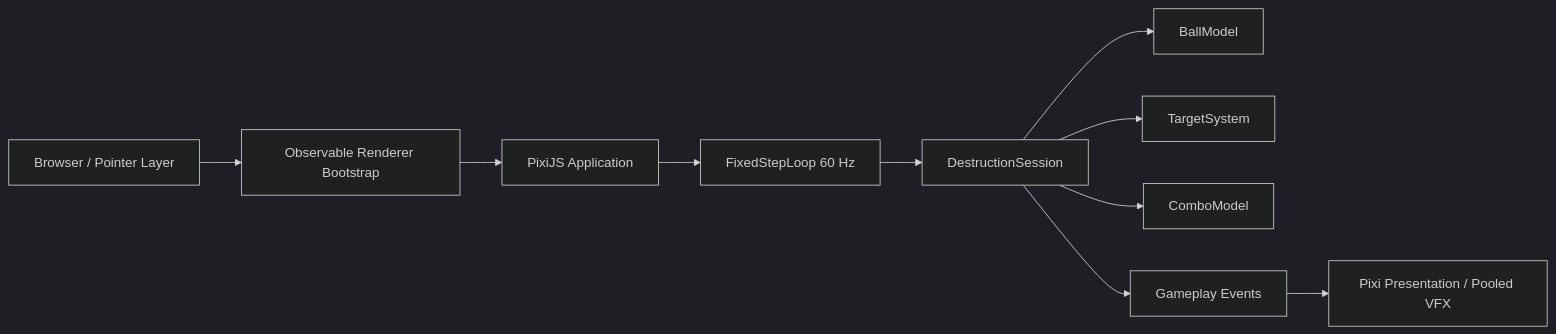
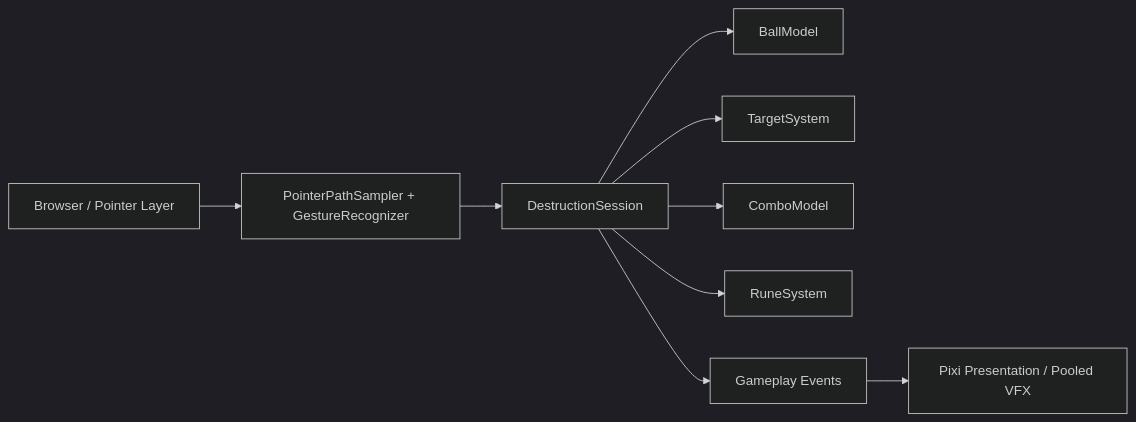
The diagram in rune-ball/README.md (zeroLR/2D-game-playground), drawn with Mermaid (dark theme) before and after one commit. The commit also changed other lines of this file, not shown here.

Commit message:
docs(rune-ball): describe P3 rune gesture gate

````diff
--- a/rune-ball/README.md
+++ b/rune-ball/README.md
@@ -37,12 +37,11 @@
 ```mermaid
 flowchart LR
-  Browser[Browser / Pointer Layer] --> Bootstrap[Observable Renderer Bootstrap]
-  Bootstrap --> Pixi[PixiJS Application]
-  Pixi --> Loop[FixedStepLoop 60 Hz]
-  Loop --> Session[DestructionSession]
+  Browser[Browser / Pointer Layer] --> Gesture[PointerPathSampler + GestureRecognizer]
+  Gesture --> Session[DestructionSession]
   Session --> Ball[BallModel]
   Session --> Targets[TargetSystem]
   Session --> Combo[ComboModel]
+  Session --> Runes[RuneSystem]
   Session --> Events[Gameplay Events]
   Events --> Scene[Pixi Presentation / Pooled VFX]
 ```
````
